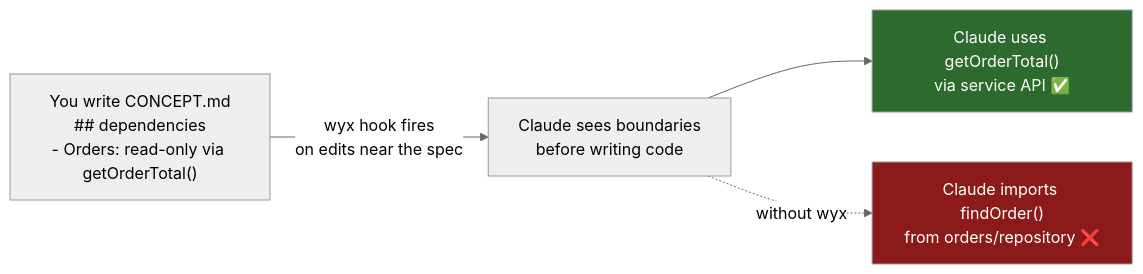
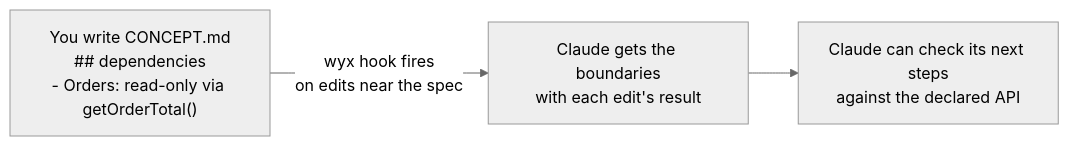
The diagram in README.md (jlifyio/wyx), drawn with Mermaid (neutral theme) before and after one commit. The commit also changed other lines of this file and 1 other file, not shown here.

````diff
--- a/README.md
+++ b/README.md
@@ -7,9 +7,5 @@
 ```mermaid
 graph LR
-    A["You write CONCEPT.md<br/>## dependencies<br/>- Orders: read-only via getOrderTotal()"] -->|"wyx hook fires<br/>on edits near the spec"| B["Claude sees boundaries<br/>before writing code"]
-    B --> C["Claude uses getOrderTotal()<br/>via service API ✅"]
-    B -.->|"without wyx"| D["Claude imports findOrder()<br/>from orders/repository ❌"]
-
-    style C fill:#2d6a2d,color:#fff
-    style D fill:#8b1a1a,color:#fff
+    A["You write CONCEPT.md<br/>## dependencies<br/>- Orders: read-only via getOrderTotal()"] -->|"wyx hook fires<br/>on edits near the spec"| B["Claude gets the boundaries<br/>with each edit's result"]
+    B --> C["Claude can check its next steps<br/>against the declared API"]
 ```
````
